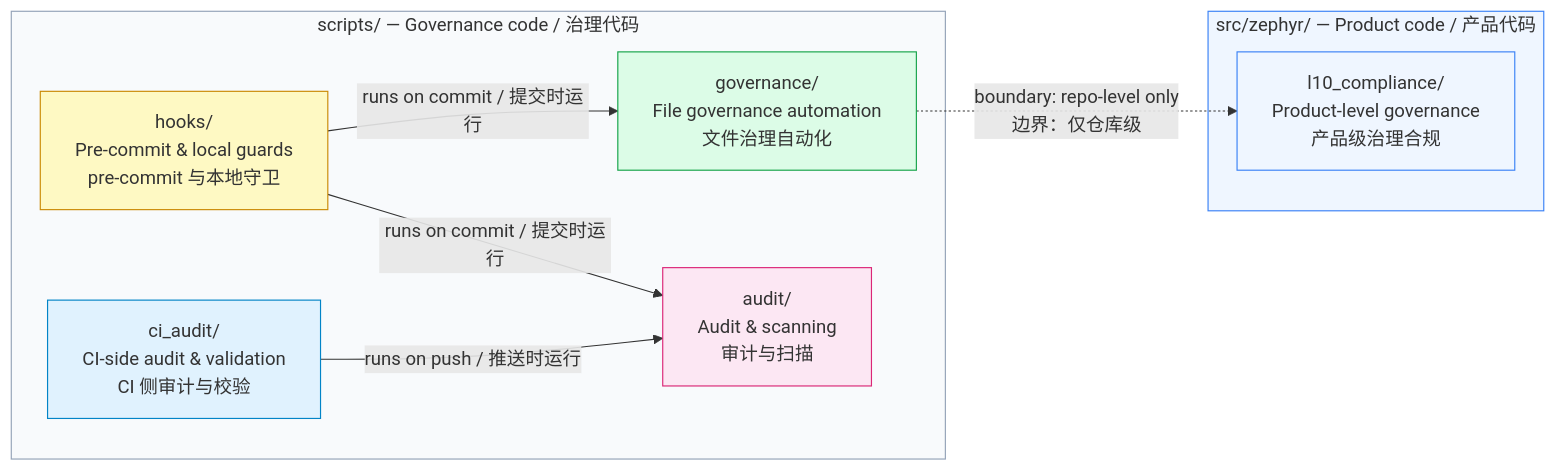
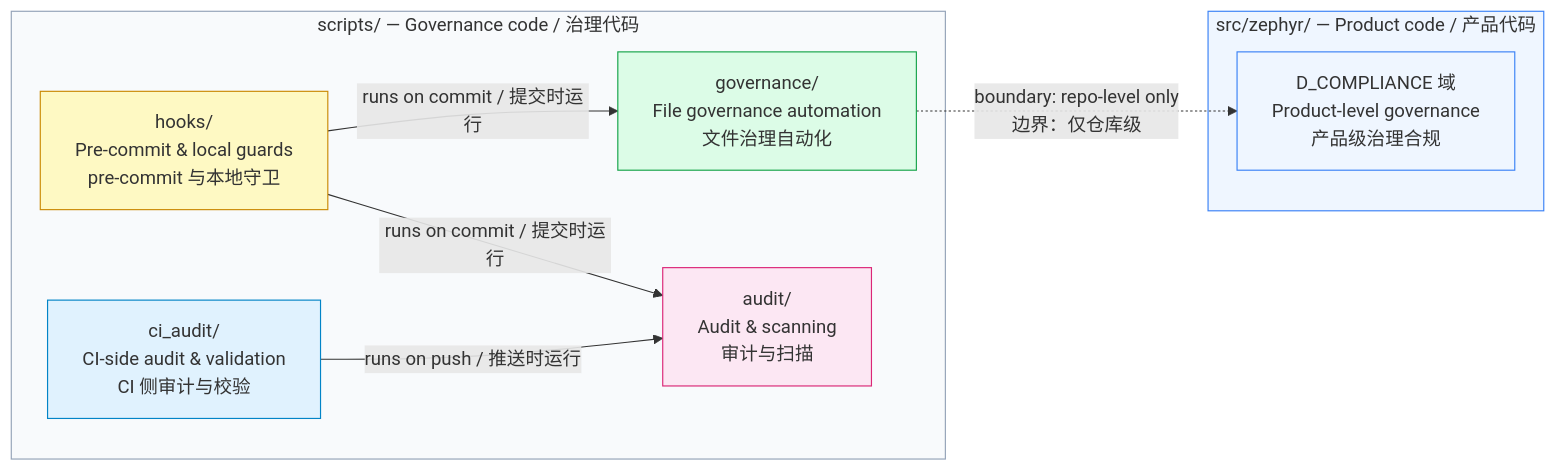
Before and after one commit to xuanFelixVan/ZephyrAlpha: the diagram in docs/02_enterprise_architecture/target_architecture/diagrams/scripts_topology.mmd, drawn with Mermaid. The commit also changed 7 other files, not shown here.

First line of the commit message:
diagrams .mmd: 8个文件72处14层引用清理为53域引用（5序列图67处 + 3拓扑图5处）

```diff
--- a/docs/02_enterprise_architecture/target_architecture/diagrams/scripts_topology.mmd
+++ b/docs/02_enterprise_architecture/target_architecture/diagrams/scripts_topology.mmd
@@ -1,25 +1,25 @@
 %%{init: {'theme': 'default'}}%%
 graph LR
     subgraph SCRIPTS["scripts/ — Governance code / 治理代码"]
         GOV["governance/<br/>File governance automation<br/>文件治理自动化"]
         AUDIT["audit/<br/>Audit &amp; scanning<br/>审计与扫描"]
         HOOKS["hooks/<br/>Pre-commit &amp; local guards<br/>pre-commit 与本地守卫"]
         CI["ci_audit/<br/>CI-side audit &amp; validation<br/>CI 侧审计与校验"]
     end
 
     subgraph SRC["src/zephyr/ — Product code / 产品代码"]
-        L10["l10_compliance/<br/>Product-level governance<br/>产品级治理合规"]
+        D10["D_COMPLIANCE 域<br/>Product-level governance<br/>产品级治理合规"]
     end
 
     HOOKS -->|"runs on commit / 提交时运行"| GOV
     HOOKS -->|"runs on commit / 提交时运行"| AUDIT
     CI -->|"runs on push / 推送时运行"| AUDIT
-    GOV -.->|"boundary: repo-level only<br/>边界：仅仓库级"| L10
+    GOV -.->|"boundary: repo-level only<br/>边界：仅仓库级"| D10
 
     style SCRIPTS fill:#f8fafc,stroke:#94a3b8
     style SRC fill:#eff6ff,stroke:#3b82f6
     style HOOKS fill:#fef9c3,stroke:#ca8a04
     style GOV fill:#dcfce7,stroke:#16a34a
     style AUDIT fill:#fce7f3,stroke:#db2777
     style CI fill:#e0f2fe,stroke:#0284c7
-    style L10 fill:#eff6ff,stroke:#3b82f6
+    style D10 fill:#eff6ff,stroke:#3b82f6
```
